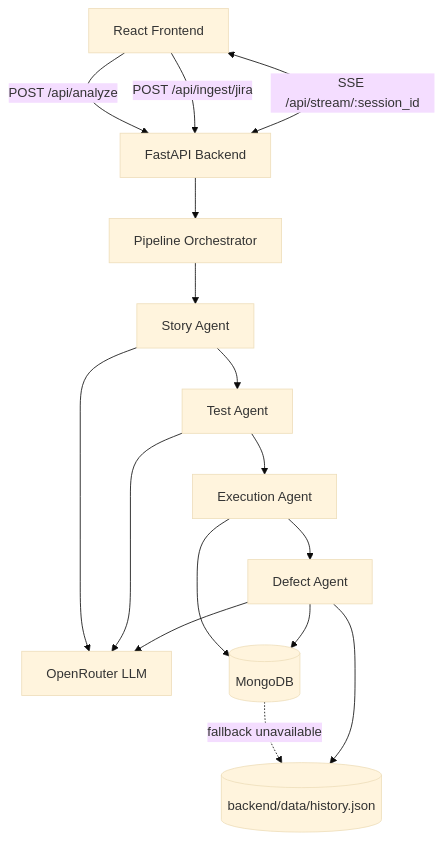
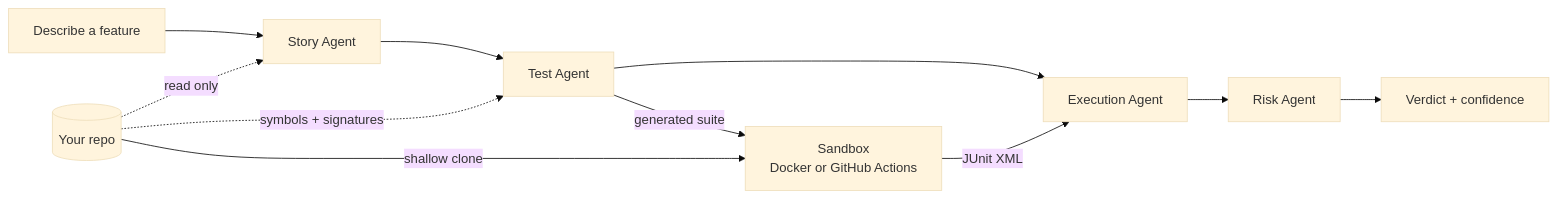
One commit to ishan1603/IronTest changed the diagram in README.md. Above: the diagram before and after it, drawn with Mermaid (base theme). The commit also changed other lines of this file and 20 other files, not shown here.

````diff
--- a/README.md
+++ b/README.md
@@ -45,21 +37,14 @@
 ```mermaid
-graph TD
-		UI[React Frontend] -->|POST /api/analyze| API[FastAPI Backend]
-		UI -->|POST /api/ingest/jira| API
-		UI <-->|SSE /api/stream/:session_id| API
+graph LR
+  U[Describe a feature] --> S[Story Agent]
+  S --> T[Test Agent]
+  T --> X[Execution Agent]
+  X --> D[Risk Agent]
 
-		API --> ORCH[Pipeline Orchestrator]
-		ORCH --> STORY[Story Agent]
-		STORY --> TEST[Test Agent]
-		TEST --> EXEC[Execution Agent]
-		EXEC --> DEFECT[Defect Agent]
-
-		STORY --> LLM[OpenRouter LLM]
-		TEST --> LLM
-		DEFECT --> LLM
-
-		EXEC --> DB[(MongoDB)]
-		DB -. fallback unavailable .-> JSON[(backend/data/history.json)]
-		DEFECT --> DB
-		DEFECT --> JSON
+  R[(Your repo)] -. read only .-> S
+  R -. symbols + signatures .-> T
+  T -- generated suite --> SB[Sandbox<br/>Docker or GitHub Actions]
+  R -- shallow clone --> SB
+  SB -- JUnit XML --> X
+  D --> V[Verdict + confidence]
 ```
````
